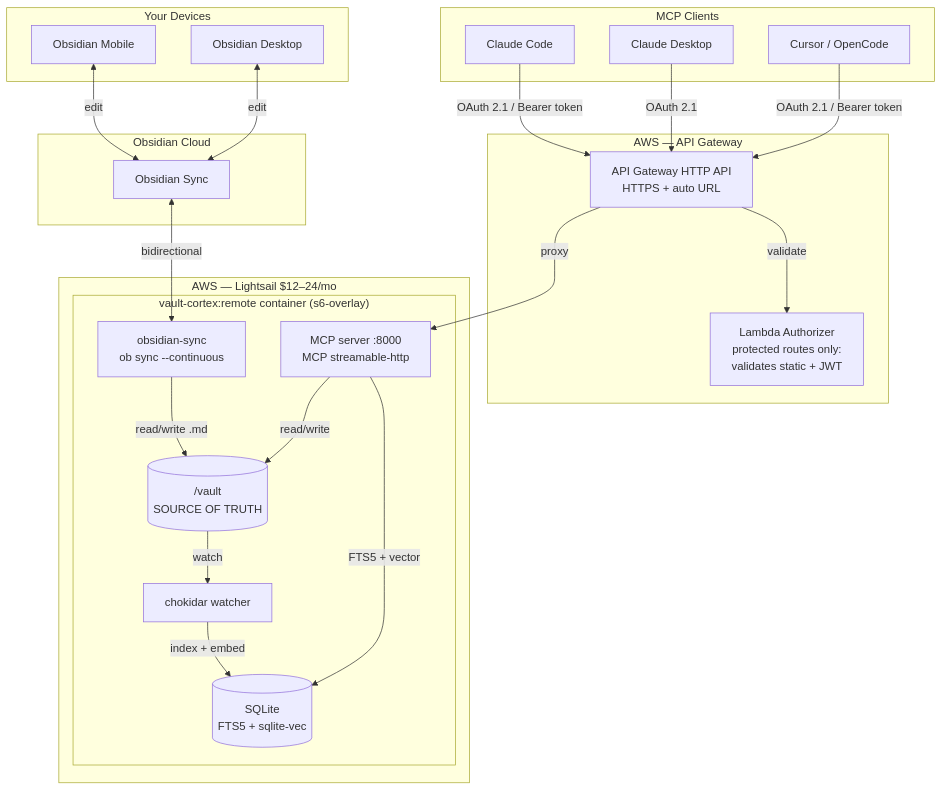
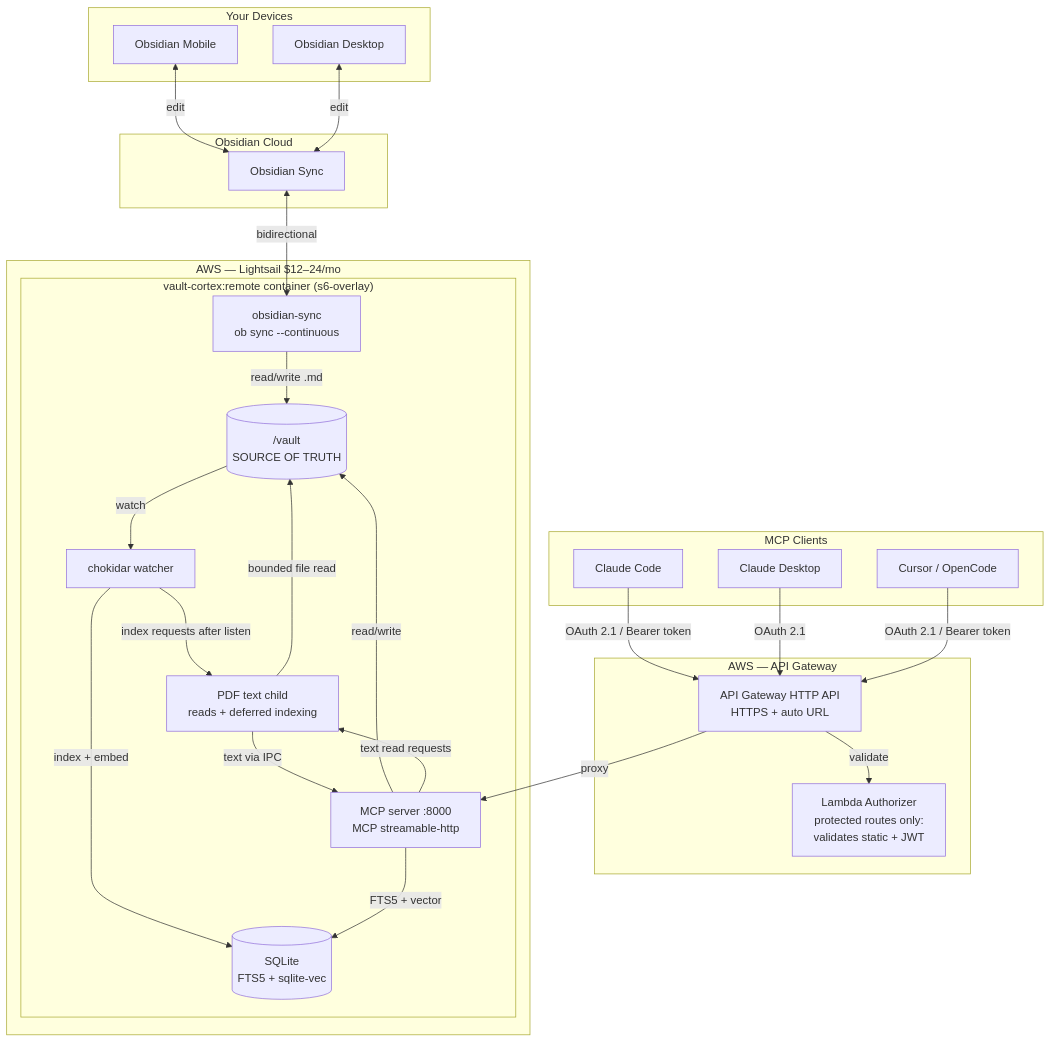
The first of 6 diagrams in ARCHITECTURE.md (aliasunder/vault-cortex), drawn with Mermaid before and after one commit. The commit also changed other lines of this file and 59 other files, not shown here.

First line of the commit message:
fix: isolate PDF text extraction so one crafted PDF cannot crash the server (#755)

````diff
--- a/ARCHITECTURE.md
+++ b/ARCHITECTURE.md
@@ -63,46 +63,51 @@
 ```mermaid
 graph TB
     subgraph devices ["Your Devices"]
         OBS_PHONE["Obsidian Mobile"]
         OBS_LAPTOP["Obsidian Desktop"]
     end
 
     subgraph cloud ["Obsidian Cloud"]
         SYNC["Obsidian Sync"]
     end
 
     subgraph apigw_grp ["AWS — API Gateway"]
         APIGW["API Gateway HTTP API<br/>HTTPS + auto URL"]
         AUTH_FN["Lambda Authorizer<br/>protected routes only:<br/>validates static + JWT"]
         APIGW -->|validate| AUTH_FN
     end
 
     subgraph lightsail ["AWS — Lightsail $12–24/mo"]
         subgraph container ["vault-cortex:remote container (s6-overlay)"]
             OB_HEADLESS["obsidian-sync<br/>ob sync --continuous"]
             VAULT_FS[("/vault<br/>SOURCE OF TRUTH")]
             MCP_SERVER["MCP server :8000<br/>MCP streamable-http"]
             SQLITE[("SQLite\nFTS5 + sqlite-vec")]
             WATCHER["chokidar watcher"]
+            PDF_READER["PDF text child<br/>reads + deferred indexing"]
         end
     end
 
     subgraph clients ["MCP Clients"]
         CC["Claude Code"]
         CD["Claude Desktop"]
         CU["Cursor / OpenCode"]
     end
 
     OBS_PHONE <-->|edit| SYNC
     OBS_LAPTOP <-->|edit| SYNC
     SYNC <-->|bidirectional| OB_HEADLESS
     OB_HEADLESS -->|read/write .md| VAULT_FS
     VAULT_FS -->|watch| WATCHER
     WATCHER -->|index + embed| SQLITE
     MCP_SERVER -->|read/write| VAULT_FS
     MCP_SERVER -->|FTS5 + vector| SQLITE
+    MCP_SERVER -->|text read requests| PDF_READER
+    WATCHER -->|index requests after listen| PDF_READER
+    PDF_READER -->|bounded file read| VAULT_FS
+    PDF_READER -->|text via IPC| MCP_SERVER
     CC -->|OAuth 2.1 / Bearer token| APIGW
     CD -->|OAuth 2.1| APIGW
     CU -->|OAuth 2.1 / Bearer token| APIGW
     APIGW -->|proxy| MCP_SERVER
 ```
````
